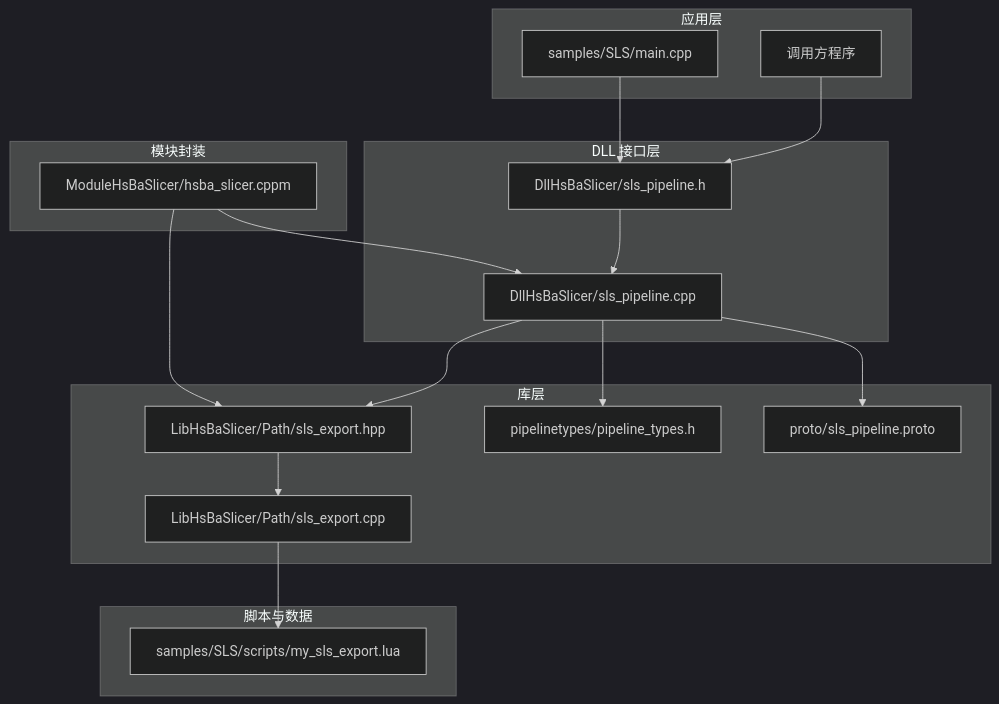
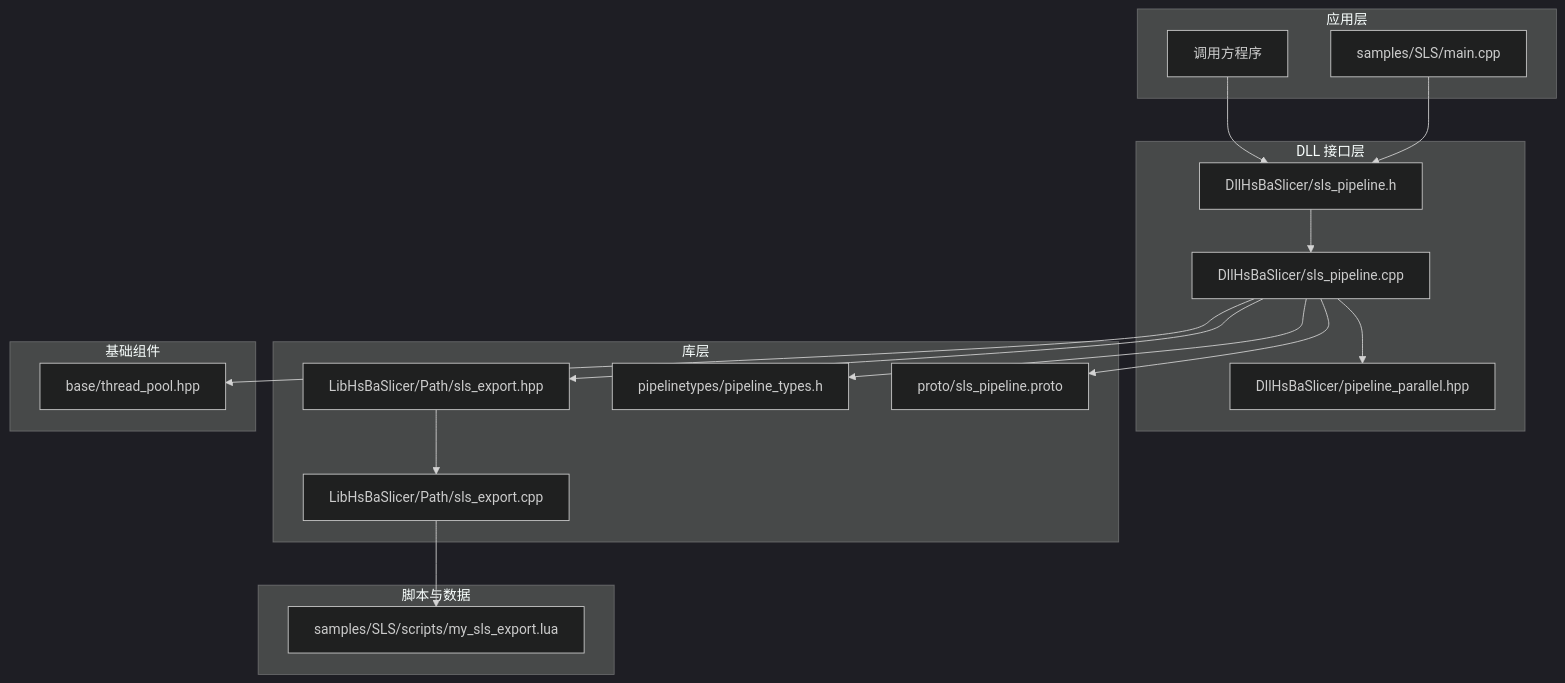
Before and after one commit to hsmbanlance/HsBaSlicer: the first of 7 diagrams in .qoder/repowiki/zh/content/核心模块详解/SLS选择性激光烧结流水线.md, drawn with Mermaid (dark theme). The commit also changed other lines of this file and 20 other files, not shown here.

````diff
--- a/.qoder/repowiki/zh/content/核心模块详解/SLS选择性激光烧结流水线.md
+++ b/.qoder/repowiki/zh/content/核心模块详解/SLS选择性激光烧结流水线.md
@@ -39,33 +48,34 @@
 ```mermaid
 graph TB
 subgraph "应用层"
 APP["调用方程序"]
 SAMPLE["samples/SLS/main.cpp"]
 end
 subgraph "DLL 接口层"
 DLL_H["DllHsBaSlicer/sls_pipeline.h"]
 DLL_CPP["DllHsBaSlicer/sls_pipeline.cpp"]
+PARALLEL["DllHsBaSlicer/pipeline_parallel.hpp"]
 end
 subgraph "库层"
 LIB_HPP["LibHsBaSlicer/Path/sls_export.hpp"]
 LIB_CPP["LibHsBaSlicer/Path/sls_export.cpp"]
 TYPES["pipelinetypes/pipeline_types.h"]
 PROTO["proto/sls_pipeline.proto"]
 end
-subgraph "模块封装"
-MOD["ModuleHsBaSlicer/hsba_slicer.cppm"]
+subgraph "基础组件"
+THREAD_POOL["base/thread_pool.hpp"]
 end
 subgraph "脚本与数据"
 LUA["samples/SLS/scripts/my_sls_export.lua"]
 end
 APP --> DLL_H
 SAMPLE --> DLL_H
 DLL_H --> DLL_CPP
+DLL_CPP --> PARALLEL
 DLL_CPP --> LIB_HPP
 LIB_HPP --> LIB_CPP
 DLL_CPP --> TYPES
 DLL_CPP --> PROTO
-MOD --> DLL_CPP
-MOD --> LIB_HPP
+DLL_CPP --> THREAD_POOL
 LIB_CPP --> LUA
 ```
````
